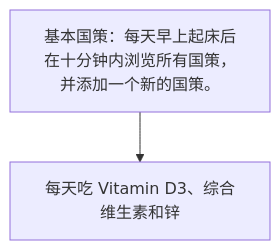
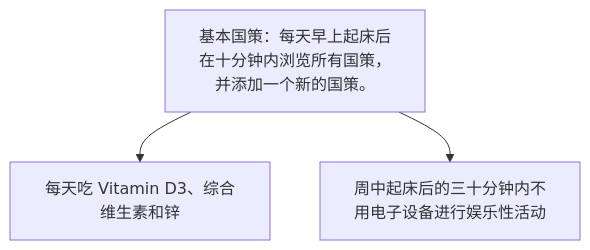
Before and after one commit to HeavyWhale/RSIP: the diagram in national_policies.mermaid, drawn with Mermaid.

```diff
--- a/national_policies.mermaid
+++ b/national_policies.mermaid
@@ -1,3 +1,4 @@
 graph TD
     A[基本国策：每天早上起床后在十分钟内浏览所有国策，并添加一个新的国策。]
     A --> B[每天吃 Vitamin D3、综合维生素和锌]
+    A --> C[周中起床后的三十分钟内不用电子设备进行娱乐性活动]
```
